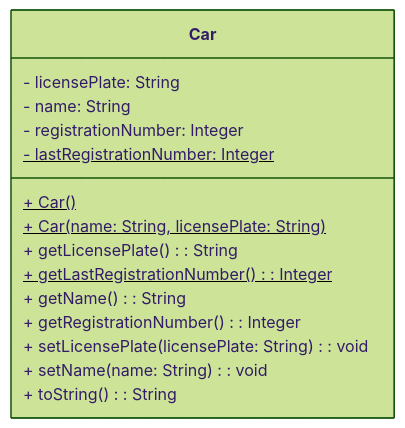
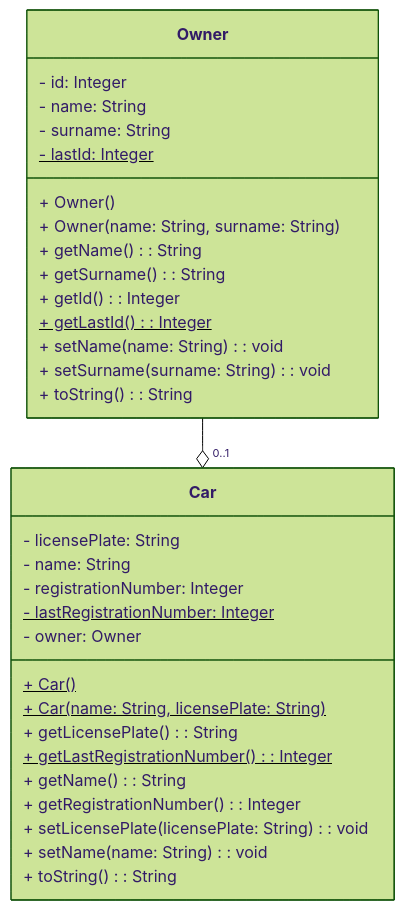
The diagram in IT/UMLs/Car UML.md (C4lopsitta/notes), drawn with Mermaid (forest theme) before and after one commit. The commit also changed other lines of this file and 3 other files, not shown here.

````diff
--- a/IT/UMLs/Car UML.md
+++ b/IT/UMLs/Car UML.md
@@ -1,18 +1,37 @@
 ```mermaid
 classDiagram
 class Car{
 	- licensePlate: String
 	- name: String
 	- registrationNumber: Integer
 	- lastRegistrationNumber: Integer$
+	- owner: Owner
 	+ Car()$
 	+ Car(name: String, licensePlate: String)$
 	+ getLicensePlate(): String
 	+ getLastRegistrationNumber(): Integer$
 	+ getName(): String
 	+ getRegistrationNumber(): Integer
 	+ setLicensePlate(licensePlate: String): void
 	+ setName(name: String): void
 	+ toString(): String
 }
+
+class Owner{
+	- id: Integer
+	- name: String
+	- surname: String
+	- lastId: Integer$
+	+ Owner()
+	+ Owner(name: String, surname: String)
+	+ getName(): String
+	+ getSurname(): String
+	+ getId(): Integer
+	+ getLastId(): Integer$
+	+ setName(name: String): void
+	+ setSurname(surname: String): void
+	+ toString(): String
+}
+
+Owner --o "0..1" Car
 ```
````
